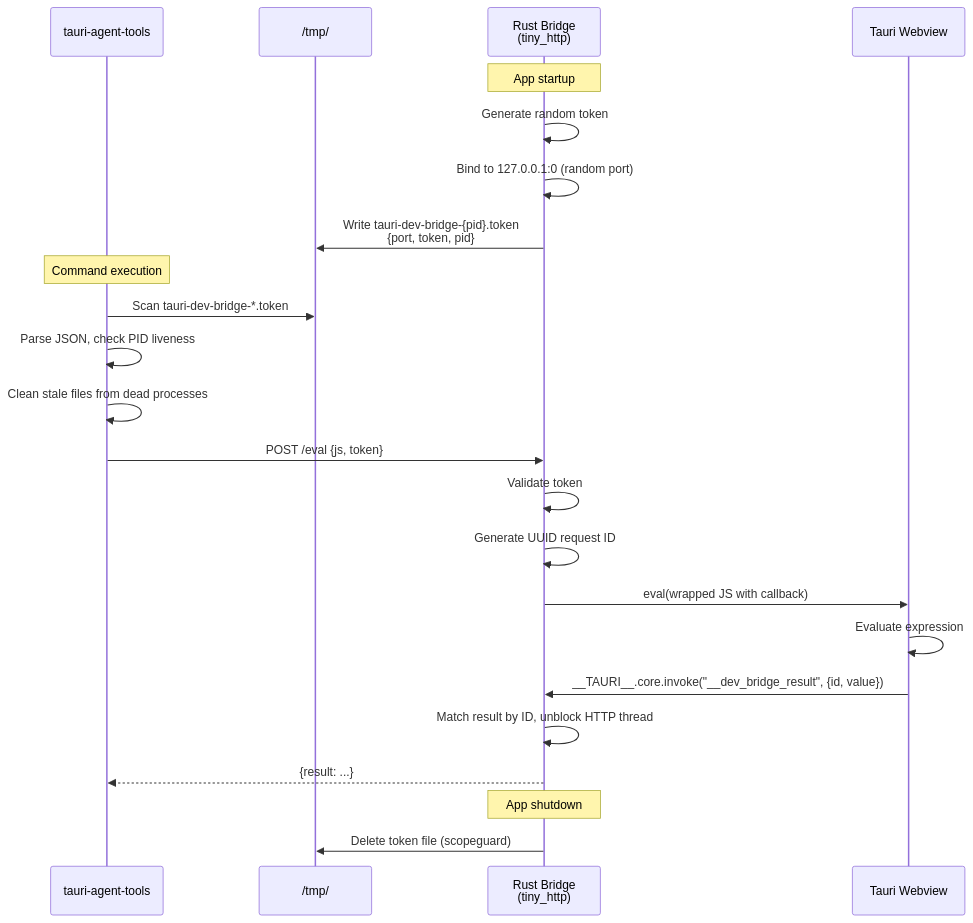
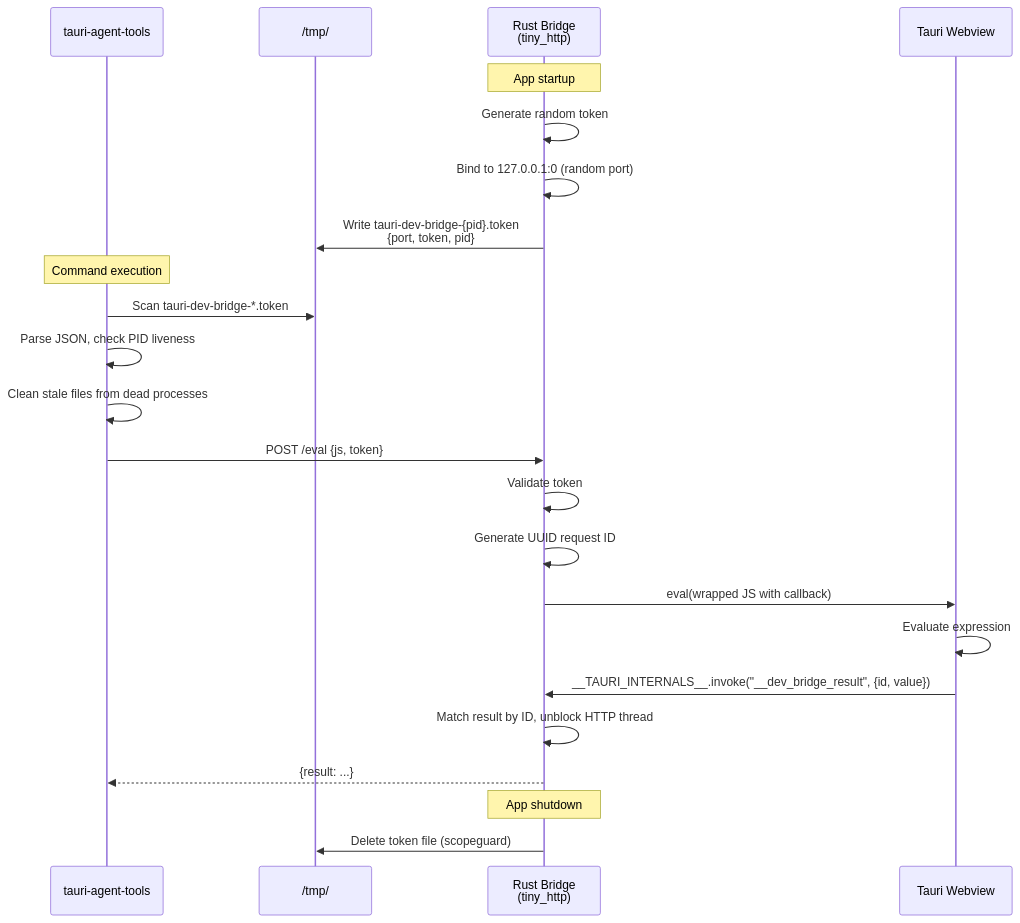
The diagram in docs/architecture/bridge-protocol.md (cesarandreslopez/tauri-agent-tools), drawn with Mermaid before and after one commit. The commit also changed 17 other files, not shown here.

Commit message:
fix: use Tauri internals for bridge callbacks

````diff
--- a/docs/architecture/bridge-protocol.md
+++ b/docs/architecture/bridge-protocol.md
@@ -62,29 +62,29 @@
 ```mermaid
 sequenceDiagram
     participant CLI as tauri-agent-tools
     participant FS as /tmp/
     participant Bridge as Rust Bridge<br/>(tiny_http)
     participant WV as Tauri Webview
 
     Note over Bridge: App startup
     Bridge->>Bridge: Generate random token
     Bridge->>Bridge: Bind to 127.0.0.1:0 (random port)
     Bridge->>FS: Write tauri-dev-bridge-{pid}.token<br/>{port, token, pid}
 
     Note over CLI: Command execution
     CLI->>FS: Scan tauri-dev-bridge-*.token
     CLI->>CLI: Parse JSON, check PID liveness
     CLI->>CLI: Clean stale files from dead processes
 
     CLI->>Bridge: POST /eval {js, token}
     Bridge->>Bridge: Validate token
     Bridge->>Bridge: Generate UUID request ID
     Bridge->>WV: eval(wrapped JS with callback)
     WV->>WV: Evaluate expression
-    WV->>Bridge: __TAURI__.core.invoke("__dev_bridge_result", {id, value})
+    WV->>Bridge: __TAURI_INTERNALS__.invoke("__dev_bridge_result", {id, value})
     Bridge->>Bridge: Match result by ID, unblock HTTP thread
     Bridge-->>CLI: {result: ...}
 
     Note over Bridge: App shutdown
     Bridge->>FS: Delete token file (scopeguard)
 ```
````
